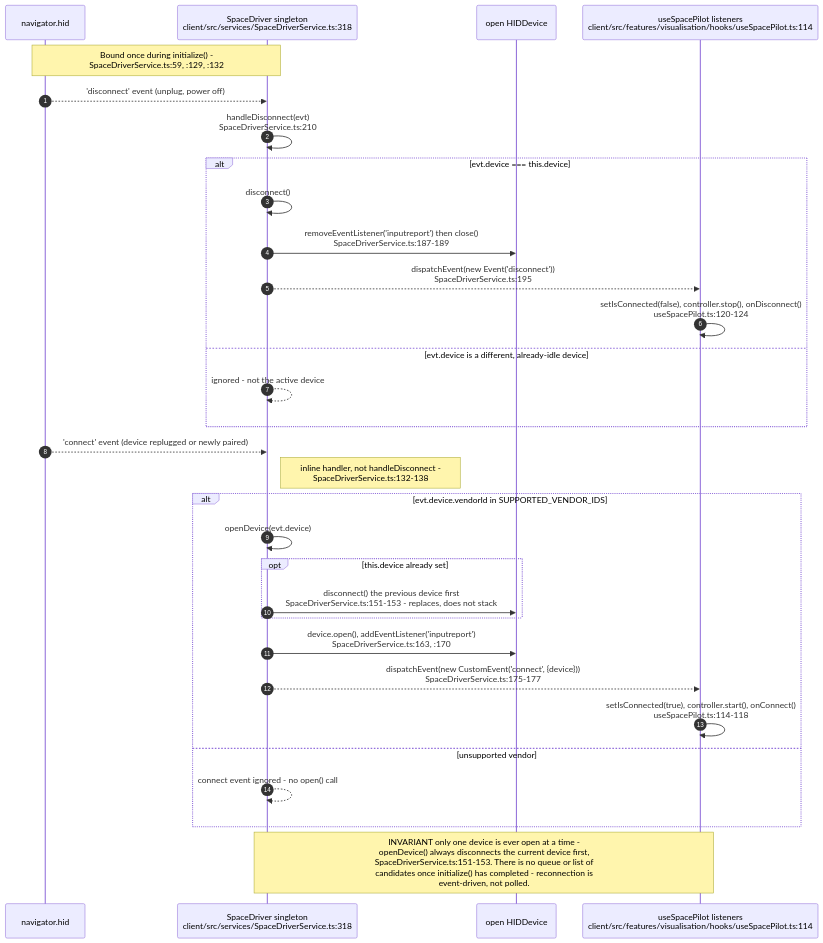
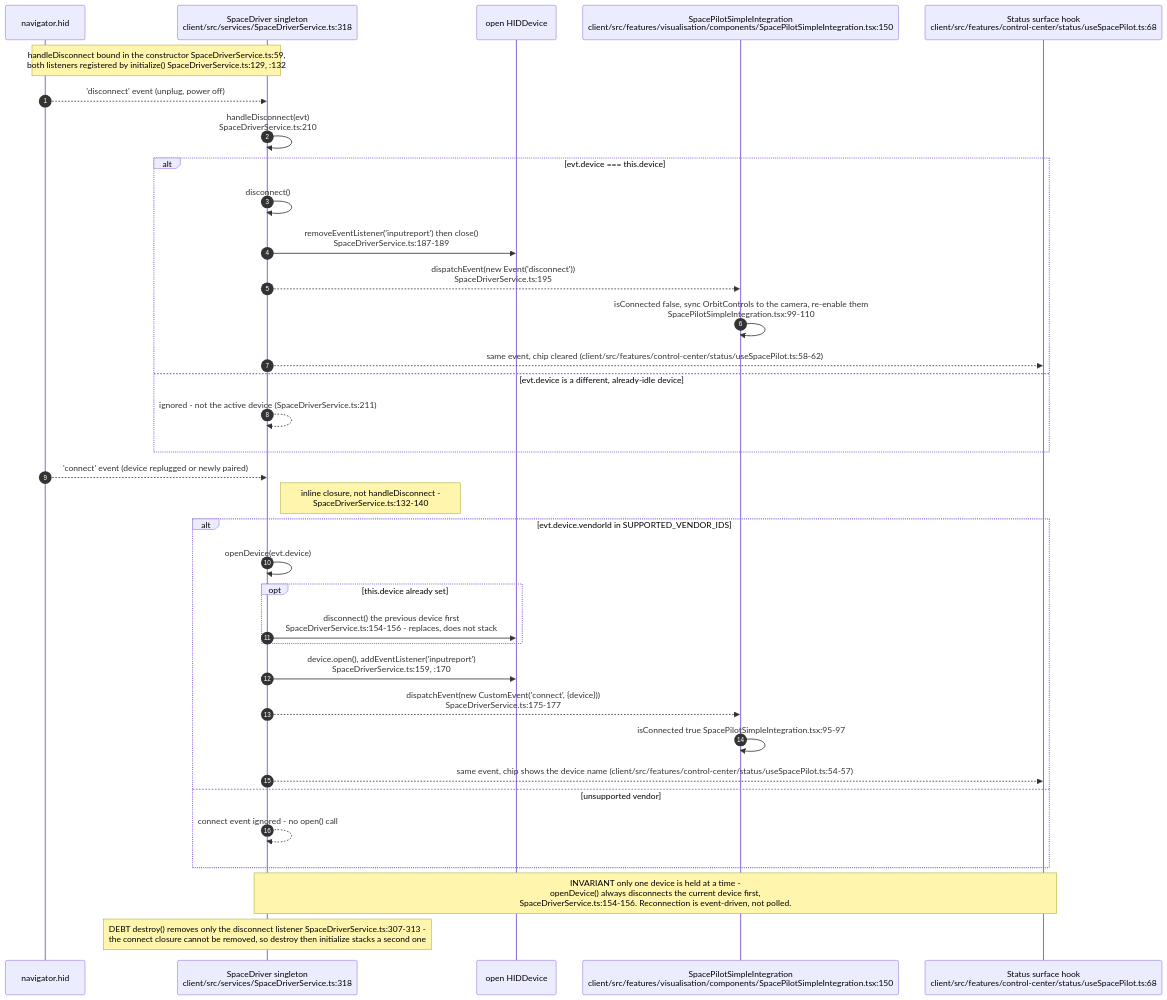
One commit to DreamLab-AI/VisionFlow changed the ninth of 11 diagrams in docs/diagrams/visionclaw/37-browser-xr-and-desktop-input.md. Above: the diagram before and after it, drawn with Mermaid. The commit also changed other lines of this file and 173 other files, not shown here.

````diff
--- a/docs/diagrams/visionclaw/37-browser-xr-and-desktop-input.md
+++ b/docs/diagrams/visionclaw/37-browser-xr-and-desktop-input.md
@@ -365,34 +408,38 @@
 ```mermaid
 sequenceDiagram
     autonumber
     participant NAV as navigator.hid
     participant SD as SpaceDriver singleton<br/>client/src/services/SpaceDriverService.ts:318
     participant DV as open HIDDevice
-    participant HK as useSpacePilot listeners<br/>client/src/features/visualisation/hooks/useSpacePilot.ts:114
+    participant SI as SpacePilotSimpleIntegration<br/>client/src/features/visualisation/components/SpacePilotSimpleIntegration.tsx:150
+    participant ST as Status surface hook<br/>client/src/features/control-center/status/useSpacePilot.ts:68
 
-    Note over SD,NAV: Bound once during initialize() -<br/>SpaceDriverService.ts:59, :129, :132
+    Note over SD,NAV: handleDisconnect bound in the constructor SpaceDriverService.ts:59,<br/>both listeners registered by initialize() SpaceDriverService.ts:129, :132
     NAV-->>SD: 'disconnect' event (unplug, power off)
     SD->>SD: handleDisconnect(evt)<br/>SpaceDriverService.ts:210
     alt evt.device === this.device
         SD->>SD: disconnect()
         SD->>DV: removeEventListener('inputreport') then close()<br/>SpaceDriverService.ts:187-189
-        SD-->>HK: dispatchEvent(new Event('disconnect'))<br/>SpaceDriverService.ts:195
-        HK->>HK: setIsConnected(false), controller.stop(), onDisconnect()<br/>useSpacePilot.ts:120-124
+        SD-->>SI: dispatchEvent(new Event('disconnect'))<br/>SpaceDriverService.ts:195
+        SI->>SI: isConnected false, sync OrbitControls to the camera, re-enable them<br/>SpacePilotSimpleIntegration.tsx:99-110
+        SD-->>ST: same event, chip cleared (client/src/features/control-center/status/useSpacePilot.ts:58-62)
     else evt.device is a different, already-idle device
-        SD-->>SD: ignored - not the active device
+        SD-->>SD: ignored - not the active device (SpaceDriverService.ts:211)
     end
     NAV-->>SD: 'connect' event (device replugged or newly paired)
-    Note right of SD: inline handler, not handleDisconnect -<br/>SpaceDriverService.ts:132-138
+    Note right of SD: inline closure, not handleDisconnect -<br/>SpaceDriverService.ts:132-140
     alt evt.device.vendorId in SUPPORTED_VENDOR_IDS
         SD->>SD: openDevice(evt.device)
         opt this.device already set
-            SD->>DV: disconnect() the previous device first<br/>SpaceDriverService.ts:151-153 - replaces, does not stack
+            SD->>DV: disconnect() the previous device first<br/>SpaceDriverService.ts:154-156 - replaces, does not stack
         end
-        SD->>DV: device.open(), addEventListener('inputreport')<br/>SpaceDriverService.ts:163, :170
-        SD-->>HK: dispatchEvent(new CustomEvent('connect', {device}))<br/>SpaceDriverService.ts:175-177
-        HK->>HK: setIsConnected(true), controller.start(), onConnect()<br/>useSpacePilot.ts:114-118
+        SD->>DV: device.open(), addEventListener('inputreport')<br/>SpaceDriverService.ts:159, :170
+        SD-->>SI: dispatchEvent(new CustomEvent('connect', {device}))<br/>SpaceDriverService.ts:175-177
+        SI->>SI: isConnected true SpacePilotSimpleIntegration.tsx:95-97
+        SD-->>ST: same event, chip shows the device name (client/src/features/control-center/status/useSpacePilot.ts:54-57)
     else unsupported vendor
         SD-->>SD: connect event ignored - no open() call
     end
-    Note over SD,HK: INVARIANT only one device is ever open at a time -<br/>openDevice() always disconnects the current device first,<br/>SpaceDriverService.ts:151-153. There is no queue or list of<br/>candidates once initialize() has completed - reconnection is<br/>event-driven, not polled.
+    Note over SD,ST: INVARIANT only one device is held at a time -<br/>openDevice() always disconnects the current device first,<br/>SpaceDriverService.ts:154-156. Reconnection is event-driven, not polled.
+    Note over SD: DEBT destroy() removes only the disconnect listener SpaceDriverService.ts:307-313 -<br/>the connect closure cannot be removed, so destroy then initialize stacks a second one
 ```
````
